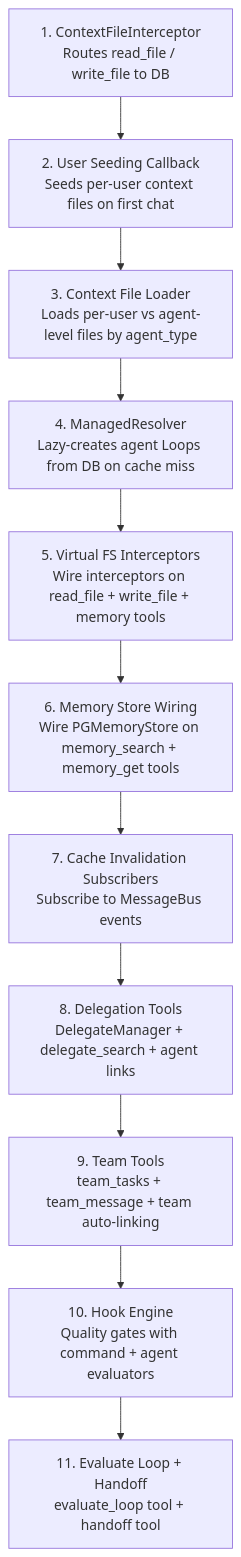
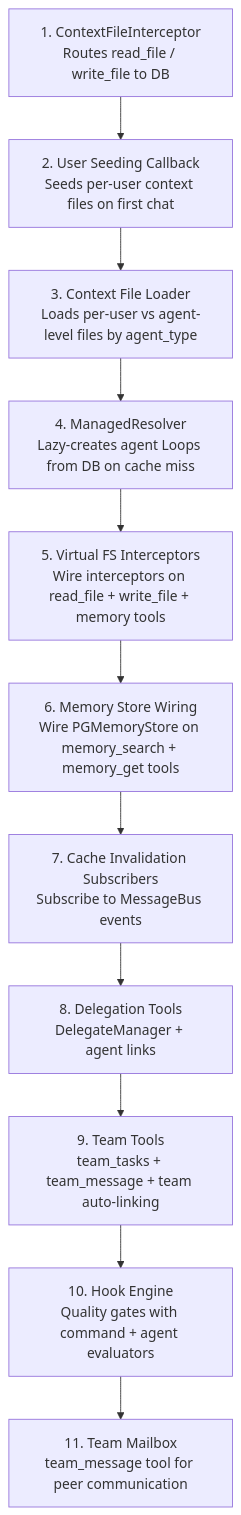
One commit to qkhalk/goclaw changed the fourth of 6 diagrams in docs/00-architecture-overview.md. Above: the diagram before and after it, drawn with Mermaid. The commit also changed other lines of this file and 22 other files, not shown here.

````diff
--- a/docs/00-architecture-overview.md
+++ b/docs/00-architecture-overview.md
@@ -242,14 +248,14 @@
 ```mermaid
 flowchart TD
     W1["1. ContextFileInterceptor<br/>Routes read_file / write_file to DB"] --> W2
     W2["2. User Seeding Callback<br/>Seeds per-user context files on first chat"] --> W3
     W3["3. Context File Loader<br/>Loads per-user vs agent-level files by agent_type"] --> W4
     W4["4. ManagedResolver<br/>Lazy-creates agent Loops from DB on cache miss"] --> W5
     W5["5. Virtual FS Interceptors<br/>Wire interceptors on read_file + write_file + memory tools"] --> W6
     W6["6. Memory Store Wiring<br/>Wire PGMemoryStore on memory_search + memory_get tools"] --> W7
     W7["7. Cache Invalidation Subscribers<br/>Subscribe to MessageBus events"] --> W8
-    W8["8. Delegation Tools<br/>DelegateManager + delegate_search + agent links"] --> W9
+    W8["8. Delegation Tools<br/>DelegateManager + agent links"] --> W9
     W9["9. Team Tools<br/>team_tasks + team_message + team auto-linking"] --> W10
     W10["10. Hook Engine<br/>Quality gates with command + agent evaluators"] --> W11
-    W11["11. Evaluate Loop + Handoff<br/>evaluate_loop tool + handoff tool"]
+    W11["11. Team Mailbox<br/>team_message tool for peer communication"]
 ```
````
